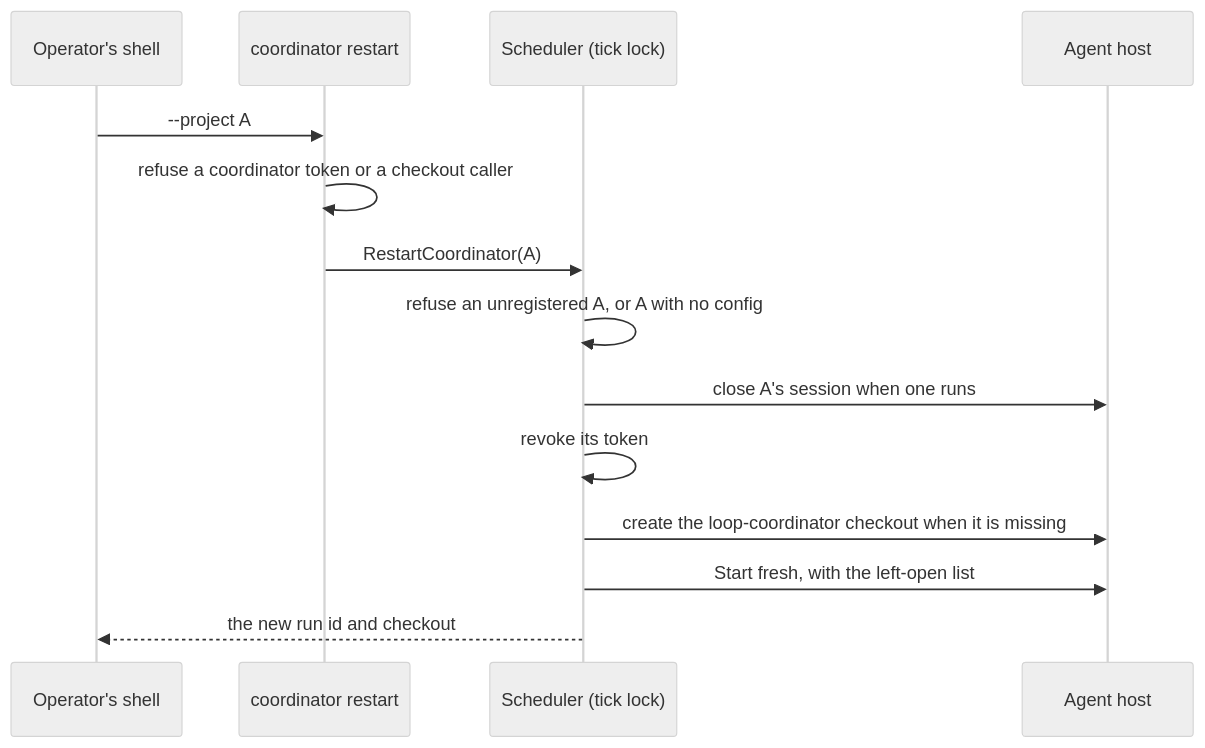
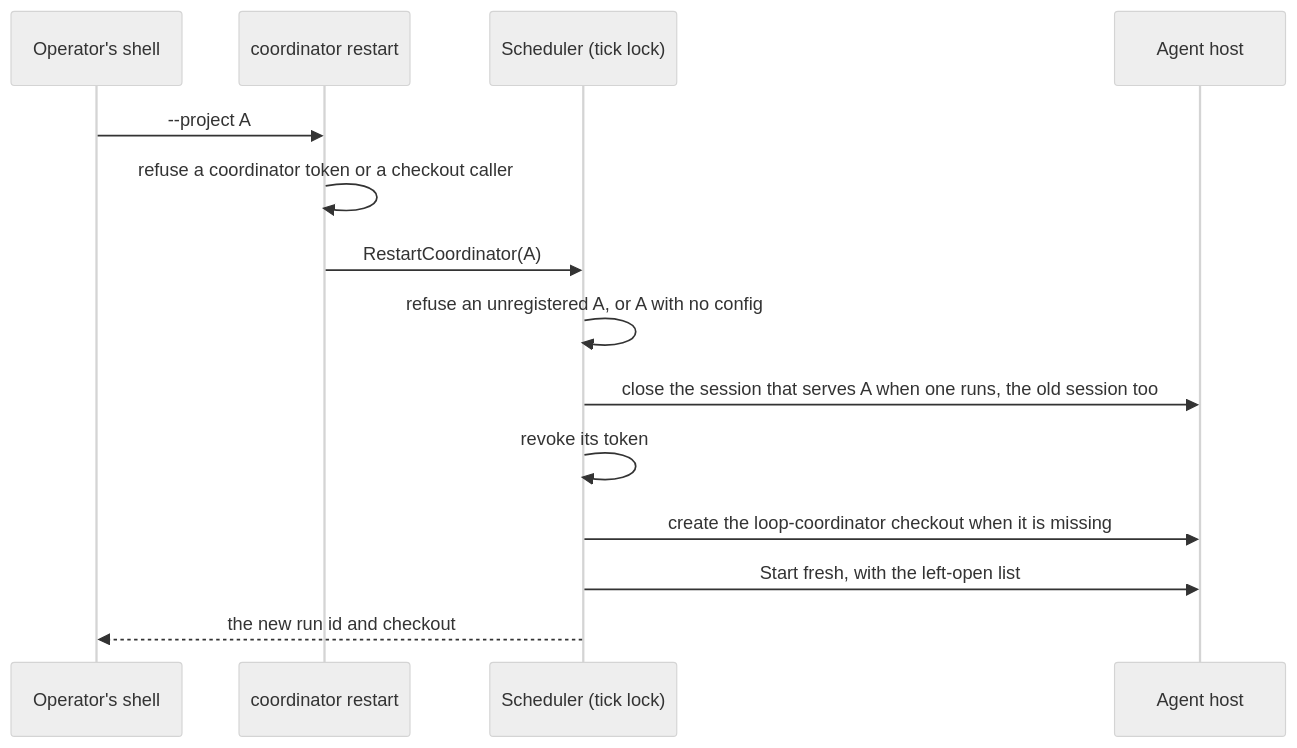
One commit to iantanwx/factory changed the fourth of 6 diagrams in docs/specs/factorio-1edo-project-home-coordinators-spec.md. Above: the diagram before and after it, drawn with Mermaid (neutral theme). The commit also changed other lines of this file, not shown here.

````diff
--- a/docs/specs/factorio-1edo-project-home-coordinators-spec.md
+++ b/docs/specs/factorio-1edo-project-home-coordinators-spec.md
@@ -872,16 +903,16 @@
 ```mermaid
 sequenceDiagram
     participant O as Operator's shell
     participant V as coordinator restart
     participant T as Scheduler (tick lock)
     participant H as Agent host
     O->>V: --project A
     V->>V: refuse a coordinator token or a checkout caller
     V->>T: RestartCoordinator(A)
     T->>T: refuse an unregistered A, or A with no config
-    T->>H: close A's session when one runs
+    T->>H: close the session that serves A when one runs, the old session too
     T->>T: revoke its token
     T->>H: create the loop-coordinator checkout when it is missing
     T->>H: Start fresh, with the left-open list
     T-->>O: the new run id and checkout
 ```
````
